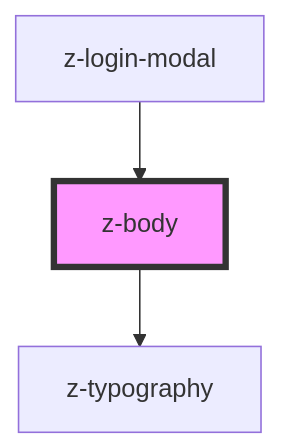
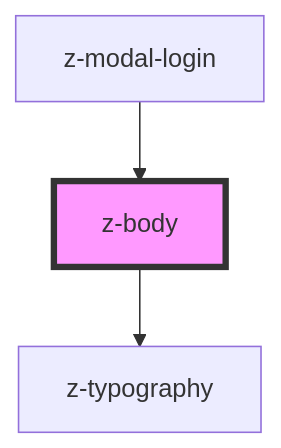
One commit to ZanichelliEditore/design-system changed the diagram in src/components/typography/z-body/readme.md. Above: the diagram before and after it, drawn with Mermaid. The commit also changed other lines of this file and 12 other files, not shown here.

Commit message:
fix: renamed z-login-modal to z-modal-login

````diff
--- a/src/components/typography/z-body/readme.md
+++ b/src/components/typography/z-body/readme.md
@@ -28,6 +26,6 @@
 ```mermaid
 graph TD;
   z-body --> z-typography
-  z-login-modal --> z-body
+  z-modal-login --> z-body
   style z-body fill:#f9f,stroke:#333,stroke-width:4px
 ```
````
